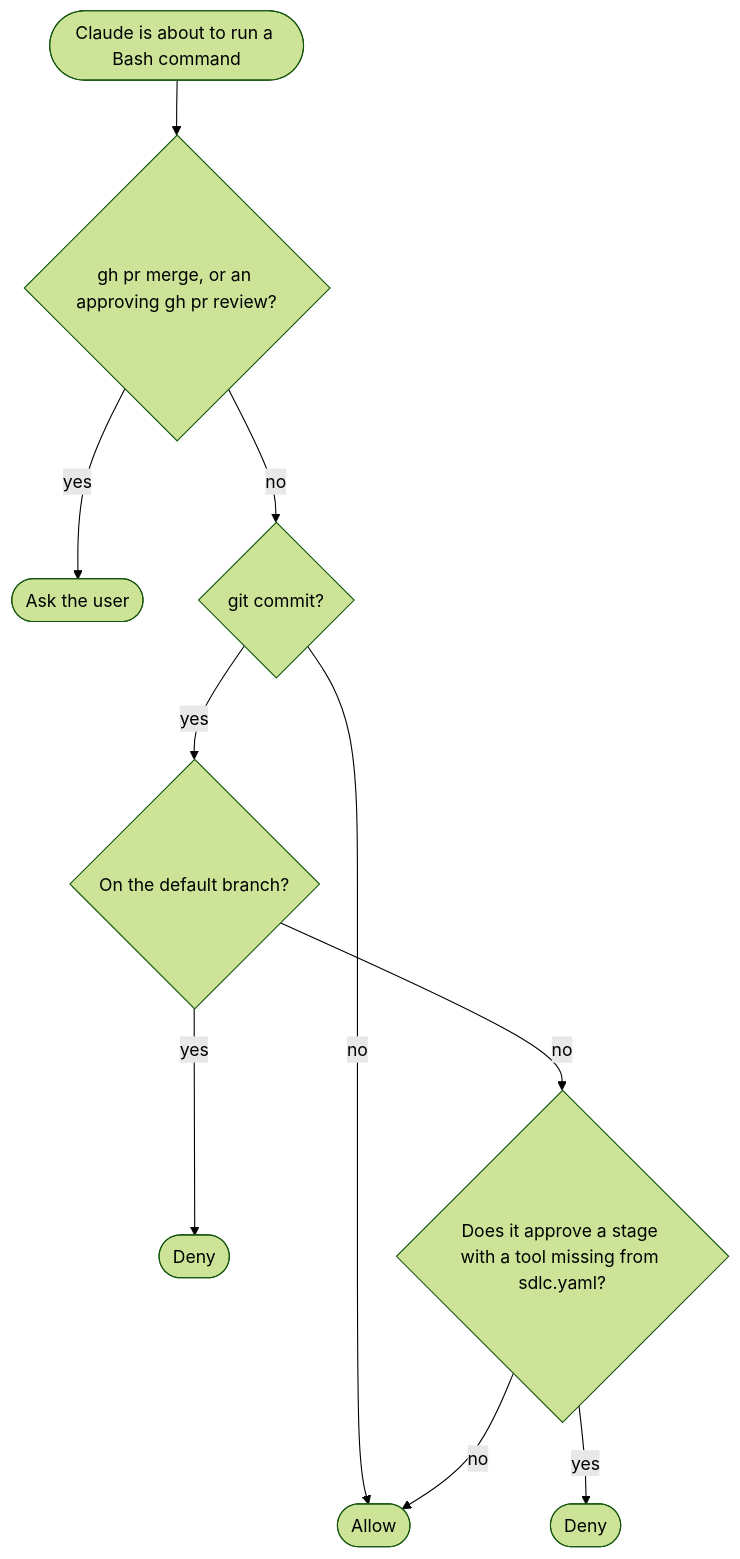
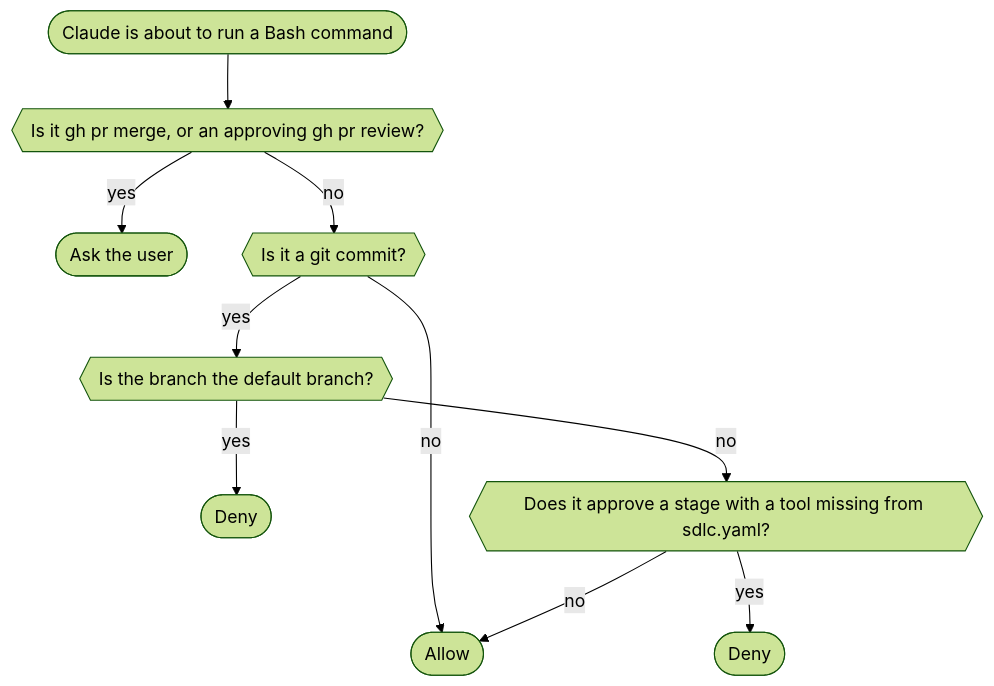
Before and after one commit to aasimsani/sdlc-toolkit: the seventh of 7 diagrams in README.md, drawn with Mermaid (forest theme).

Commit message:
docs(core): draw the gate hook's questions as compact boxes
learned(core): Mermaid sizes a diamond to its text, so four questions as diamonds made the chart 1,500 pixels tall on GitHub

````diff
--- a/README.md
+++ b/README.md
@@ -256,12 +256,13 @@
 ```mermaid
+%%{init: {"flowchart": {"wrappingWidth": 420}}}%%
 flowchart TB
-    cmd(["Claude is about to run a Bash command"]) --> q1{"gh pr merge, or an approving gh pr review?"}
+    cmd(["Claude is about to run a Bash command"]) --> q1{{"Is it gh pr merge, or an approving gh pr review?"}}
     q1 -- yes --> ask(["Ask the user"])
-    q1 -- no --> q2{"git commit?"}
+    q1 -- no --> q2{{"Is it a git commit?"}}
     q2 -- no --> allow(["Allow"])
-    q2 -- yes --> q3{"On the default branch?"}
+    q2 -- yes --> q3{{"Is the branch the default branch?"}}
     q3 -- yes --> deny1(["Deny"])
-    q3 -- no --> q4{"Does it approve a stage with a tool missing from sdlc.yaml?"}
+    q3 -- no --> q4{{"Does it approve a stage with a tool missing from sdlc.yaml?"}}
     q4 -- yes --> deny2(["Deny"])
     q4 -- no --> allow
 ```
````
